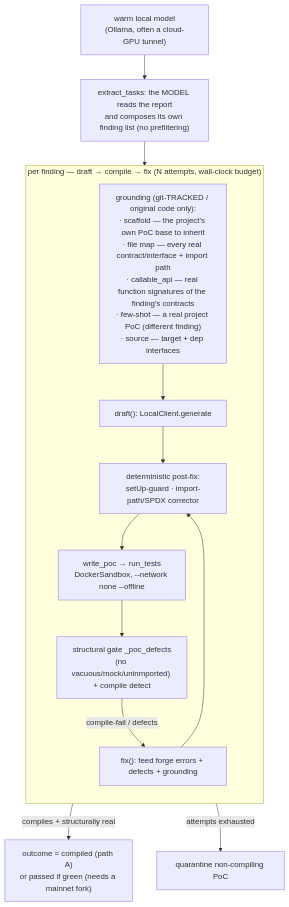
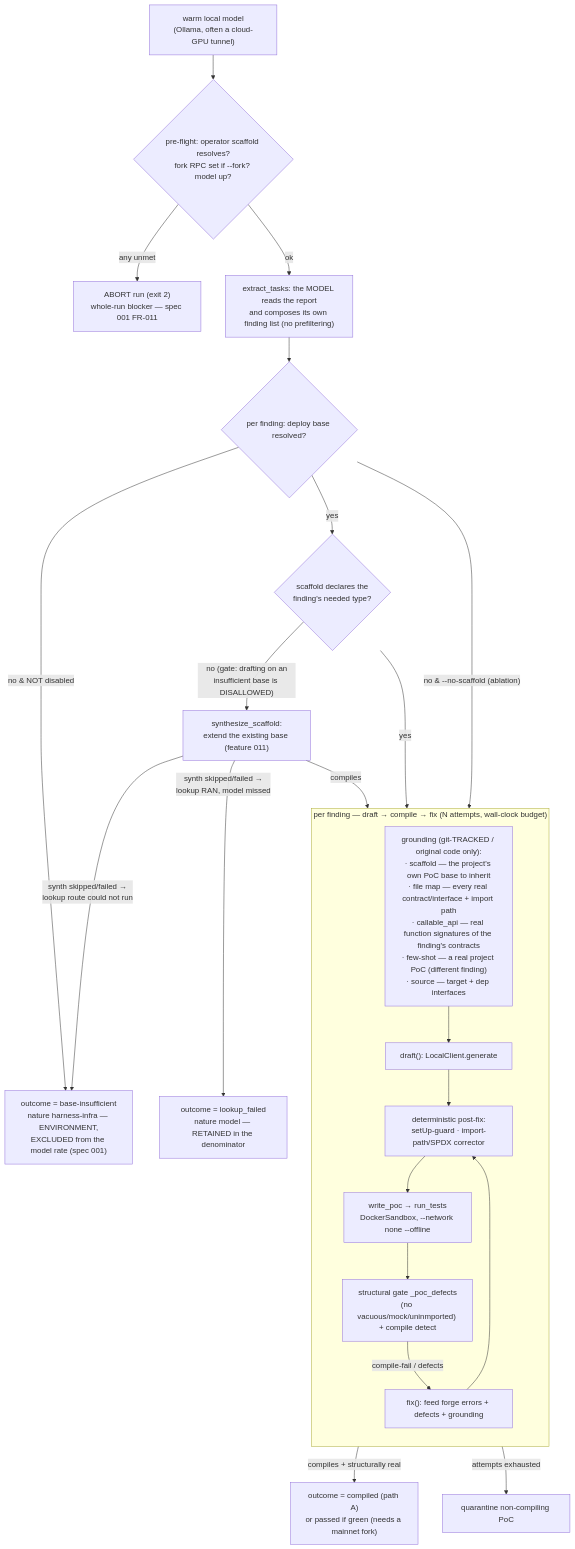
The diagram in docs/diagrams/poc-writing-flow.md (RamilRamil/araratsec-agent), drawn with Mermaid before and after one commit. The commit also changed other lines of this file and 10 other files, not shown here.

````diff
--- a/docs/diagrams/poc-writing-flow.md
+++ b/docs/diagrams/poc-writing-flow.md
@@ -12,19 +16,32 @@
 ```mermaid
 flowchart TB
-    START["warm local model<br/>(Ollama, often a cloud-GPU tunnel)"] --> EX
-    EX["extract_tasks: the MODEL reads the report<br/>and composes its own finding list (no prefiltering)"] --> LOOP
+    START["warm local model<br/>(Ollama, often a cloud-GPU tunnel)"] --> PRE
+    PRE{"pre-flight: operator scaffold resolves?<br/>fork RPC set if --fork? model up?"}
+    PRE -->|"any unmet"| ABORT["ABORT run (exit 2)<br/>whole-run blocker — spec 001 FR-011"]
+    PRE -->|"ok"| EX
+    EX["extract_tasks: the MODEL reads the report<br/>and composes its own finding list (no prefiltering)"] --> SR
+
+    SR{"per finding: deploy base resolved?"}
+    SR -->|"no & --no-scaffold (ablation)"| GND
+    SR -->|"no & NOT disabled"| BINS["outcome = base-insufficient<br/>nature harness-infra — ENVIRONMENT,<br/>EXCLUDED from the model rate (spec 001)"]
+    SR -->|"yes"| MT{"scaffold declares the<br/>finding's needed type?"}
+    MT -->|"yes"| GND
+    MT -->|"no (gate: drafting on an<br/>insufficient base is DISALLOWED)"| SYN["synthesize_scaffold:<br/>extend the existing base (feature 011)"]
+    SYN -->|"compiles"| GND
+    SYN -->|"synth skipped/failed →<br/>lookup route could not run"| BINS
+    SYN -->|"synth skipped/failed →<br/>lookup RAN, model missed"| LF["outcome = lookup_failed<br/>nature model — RETAINED in the denominator"]
 
     subgraph LOOP["per finding — draft → compile → fix (N attempts, wall-clock budget)"]
         direction TB
         GND["grounding (git-TRACKED / original code only):<br/>· scaffold — the project's own PoC base to inherit<br/>· file map — every real contract/interface + import path<br/>· callable_api — real function signatures of the finding's contracts<br/>· few-shot — a real project PoC (different finding)<br/>· source — target + dep interfaces"]
         DRAFT["draft(): LocalClient.generate"]
         FIX["deterministic post-fix:<br/>setUp-guard · import-path/SPDX corrector"]
         RUN["write_poc → run_tests<br/>DockerSandbox, --network none --offline"]
         GATE["structural gate _poc_defects<br/>(no vacuous/mock/uninmported) + compile detect"]
         GND --> DRAFT --> FIX --> RUN --> GATE
         GATE -->|"compile-fail / defects"| REPAIR["fix(): feed forge errors + defects + grounding"] --> FIX
     end
 
     GATE -->|"compiles + structurally real"| OK["outcome = compiled (path A)<br/>or passed if green (needs a mainnet fork)"]
     GATE -->|"attempts exhausted"| QUAR["quarantine non-compiling PoC"]
 ```
````
